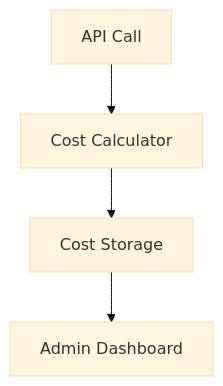
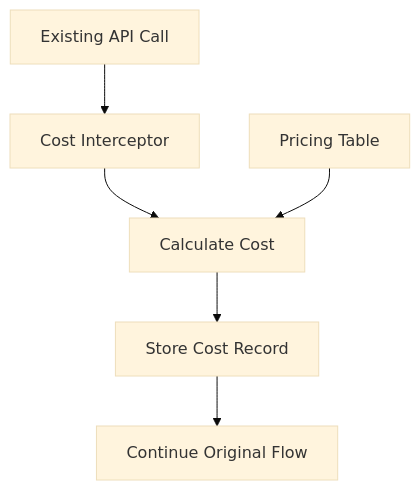
Before and after one commit to konradhy/debateclub: the diagram in .kiro/specs/cost-monitoring-control/design.md, drawn with Mermaid (base theme). The commit also changed other lines of this file and 25 other files, not shown here.

````diff
--- a/.kiro/specs/cost-monitoring-control/design.md
+++ b/.kiro/specs/cost-monitoring-control/design.md
@@ -11,6 +11,9 @@
 ```mermaid
 graph TD
-    A[API Call] --> B[Cost Calculator]
-    B --> C[Cost Storage]
-    C --> D[Admin Dashboard]
+    A[Existing API Call] --> B[Cost Interceptor]
+    B --> C[Calculate Cost]
+    C --> D[Store Cost Record]
+    D --> E[Continue Original Flow]
+    
+    F[Pricing Table] --> C
 ```
````
